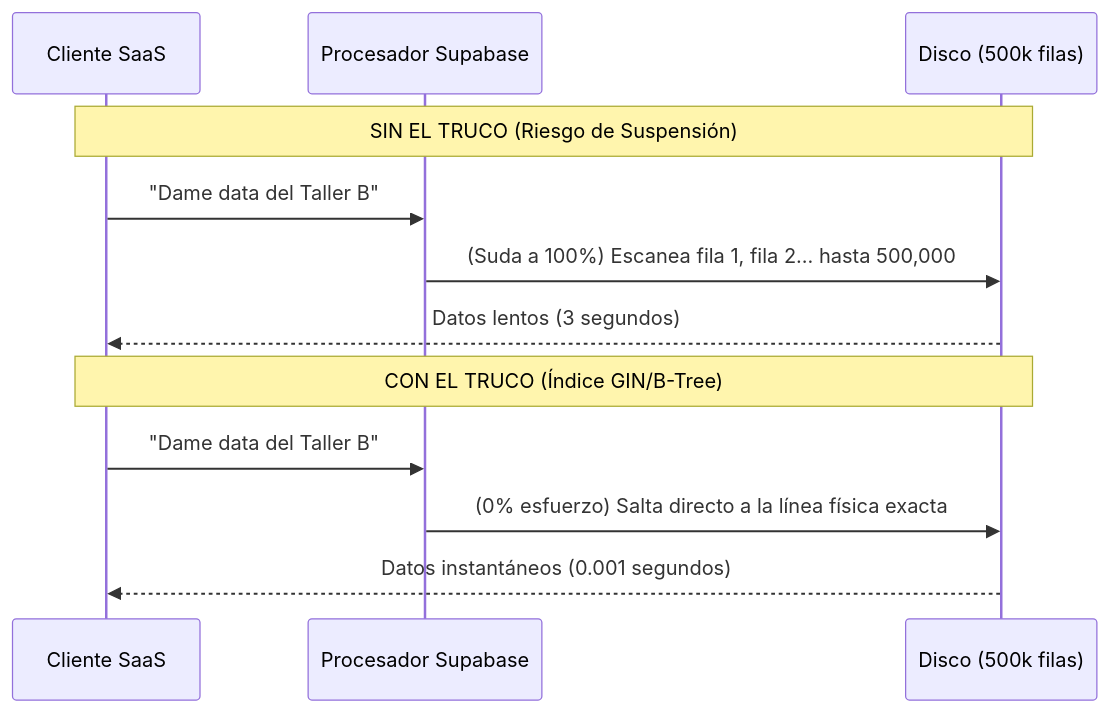
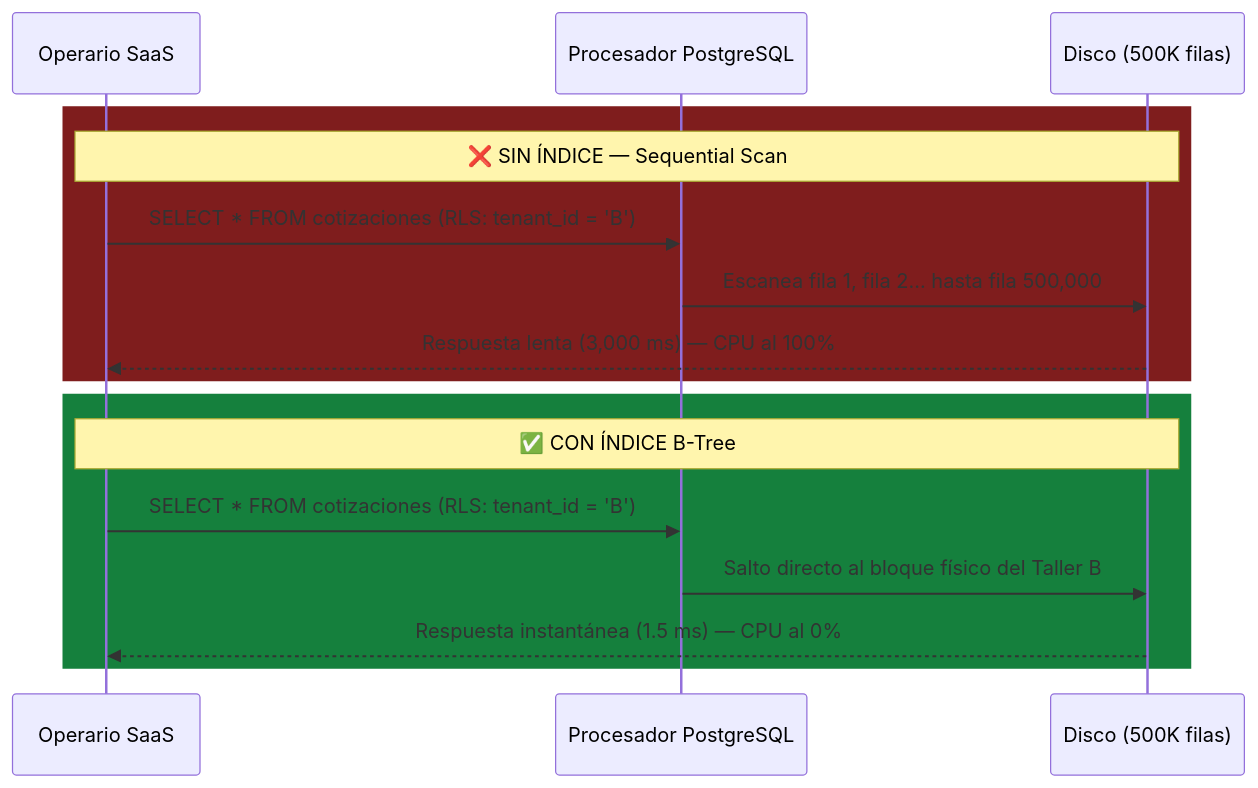
One commit to redentor159/sistema-erp-inventario changed the second of 6 diagrams in public/docs/19_TRUCOS_ESCALABILIDAD_SAAS.md. Above: the diagram before and after it, drawn with Mermaid. The commit also changed other lines of this file and 1 other file, not shown here.

Commit message:
docs: refactorizar enciclopedia SaaS en documento tecnico-ejecutivo con matriz de priorizacion y diagramas Mermaid

````diff
--- a/public/docs/19_TRUCOS_ESCALABILIDAD_SAAS.md
+++ b/public/docs/19_TRUCOS_ESCALABILIDAD_SAAS.md
@@ -67,16 +126,20 @@
 ```mermaid
 sequenceDiagram
-    participant PC as Cliente SaaS
-    participant CPU as Procesador Supabase
-    participant BD as Disco (500k filas)
+    participant PC as Operario SaaS
+    participant CPU as Procesador PostgreSQL
+    participant BD as Disco (500K filas)
 
-    Note over PC, BD: SIN EL TRUCO (Riesgo de Suspensión)
-    PC->>CPU: "Dame data del Taller B"
-    CPU->>BD: (Suda a 100%) Escanea fila 1, fila 2... hasta 500,000
-    BD-->>PC: Datos lentos (3 segundos)
+    rect rgb(127, 29, 29)
+    Note over PC, BD: ❌ SIN ÍNDICE — Sequential Scan
+    PC->>CPU: SELECT * FROM cotizaciones (RLS: tenant_id = 'B')
+    CPU->>BD: Escanea fila 1, fila 2... hasta fila 500,000
+    BD-->>PC: Respuesta lenta (3,000 ms) — CPU al 100%
+    end
 
-    Note over PC, BD: CON EL TRUCO (Índice GIN/B-Tree)
-    PC->>CPU: "Dame data del Taller B"
-    CPU->>BD: (0% esfuerzo) Salta directo a la línea física exacta
-    BD-->>PC: Datos instantáneos (0.001 segundos)
+    rect rgb(21, 128, 61)
+    Note over PC, BD: ✅ CON ÍNDICE B-Tree
+    PC->>CPU: SELECT * FROM cotizaciones (RLS: tenant_id = 'B')
+    CPU->>BD: Salto directo al bloque físico del Taller B
+    BD-->>PC: Respuesta instantánea (1.5 ms) — CPU al 0%
+    end
 ```
````
